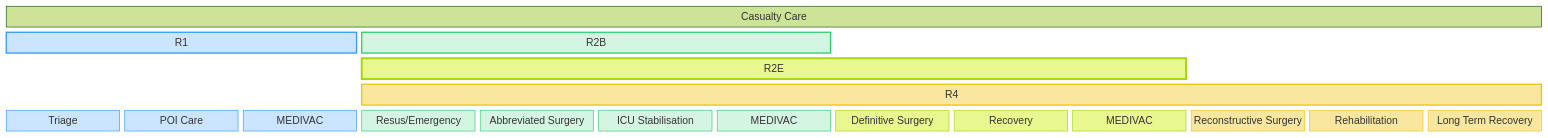
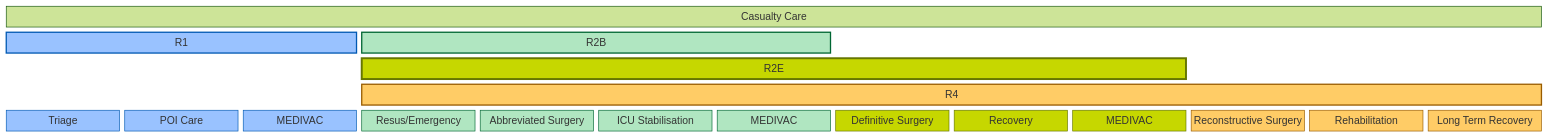
Before and after one commit to natosys/Battlefield-Casualty-Handling: the first of 4 diagrams in README.md, drawn with Mermaid (forest theme). The commit also changed other lines of this file, not shown here.

````diff
--- a/README.md
+++ b/README.md
@@ -381,48 +384,49 @@
 ```mermaid
 block-beta
   columns 13
 
   a["Casualty Care"]:13
   b["R1"]:3
   c["R2B"]:4 space:9
   e["R2E"]:7 space:6
   f["R4"]:10
 
   g["Triage"]
   h["POI Care"]
   i["MEDIVAC"]
   j["Resus/Emergency"]
   k["Abbreviated Surgery"]
   l["ICU Stabilisation"]
   m["MEDIVAC"]
   n["Definitive Surgery"]
   o["Recovery"]
   p["MEDIVAC"]
   q["Reconstructive Surgery"]
   r["Rehabilitation"]
   s["Long Term Recovery"]
 
-  %% Role 1 Care (forward emergency)
-  style b fill:#cce5ff,stroke:#3399ff,stroke-width:2px
-  style g fill:#cce5ff,stroke:#3399ff
-  style h fill:#cce5ff,stroke:#3399ff
-  style i fill:#cce5ff,stroke:#3399ff
+  %% Role 1 Care — Rich Blue
+  style b fill:#99c2ff,stroke:#0059b3,stroke-width:2px
+  style g fill:#99c2ff,stroke:#0059b3
+  style h fill:#99c2ff,stroke:#0059b3
+  style i fill:#99c2ff,stroke:#0059b3
 
-  %% Role 2 Care (damage control surgery and ICU)
-  style c fill:#d5f5e3,stroke:#2ecc71,stroke-width:2px
-  style e fill:#e9f78f,stroke:#a9d70b,stroke-width:3px
-  style j fill:#d5f5e3,stroke:#2ecc71
-  style k fill:#d5f5e3,stroke:#2ecc71
-  style l fill:#d5f5e3,stroke:#2ecc71
-  style m fill:#d5f5e3,stroke:#2ecc71
+  %% Role 2 Basic — Deeper Green
+  style c fill:#b0e6c1,stroke:#006633,stroke-width:2px
+  style j fill:#b0e6c1,stroke:#006633
+  style k fill:#b0e6c1,stroke:#006633
+  style l fill:#b0e6c1,stroke:#006633
+  style m fill:#b0e6c1,stroke:#006633
 
-  %% Role 4 Care (definitive treatment + recovery)
-  style f fill:#f9e79f,stroke:#f1c40f,stroke-width:2px
-  style n fill:#e9f78f,stroke:#a9d70b
-  style o fill:#e9f78f,stroke:#a9d70b
-  style p fill:#e9f78f,stroke:#a9d70b
-  style q fill:#f9e79f,stroke:#f1c40f
-  style r fill:#f9e79f,stroke:#f1c40f
-  style s fill:#f9e79f,stroke:#f1c40f
+  %% Role 2 Enhanced — Lime-Gold Transition
+  style e fill:#c6d700,stroke:#667700,stroke-width:3px
+  style n fill:#c6d700,stroke:#667700
+  style o fill:#c6d700,stroke:#667700
+  style p fill:#c6d700,stroke:#667700
 
+  %% Role 4 — Rich Amber
+  style f fill:#ffcc66,stroke:#995c00,stroke-width:2px
+  style q fill:#ffcc66,stroke:#995c00
+  style r fill:#ffcc66,stroke:#995c00
+  style s fill:#ffcc66,stroke:#995c00
 ```
````
